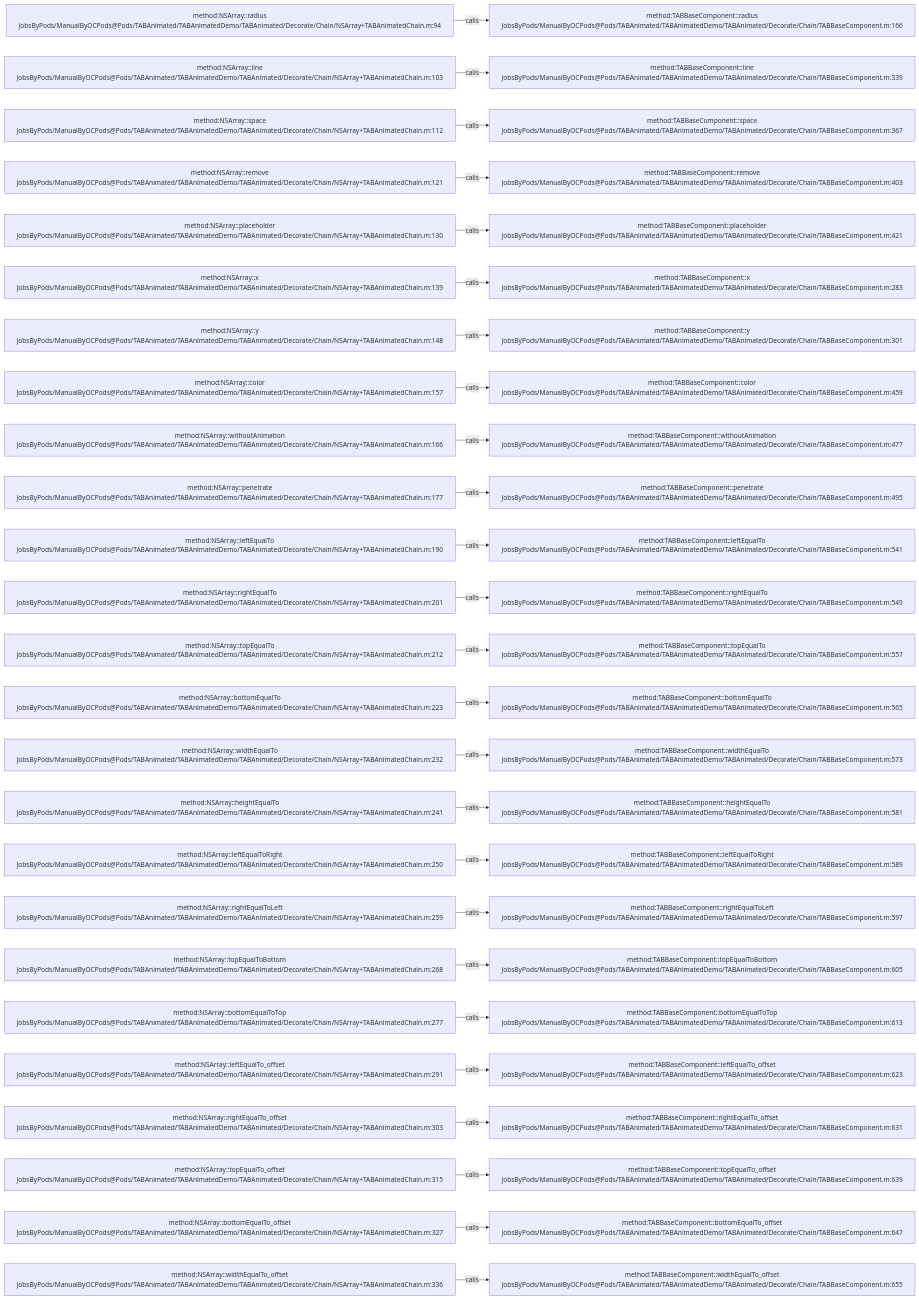
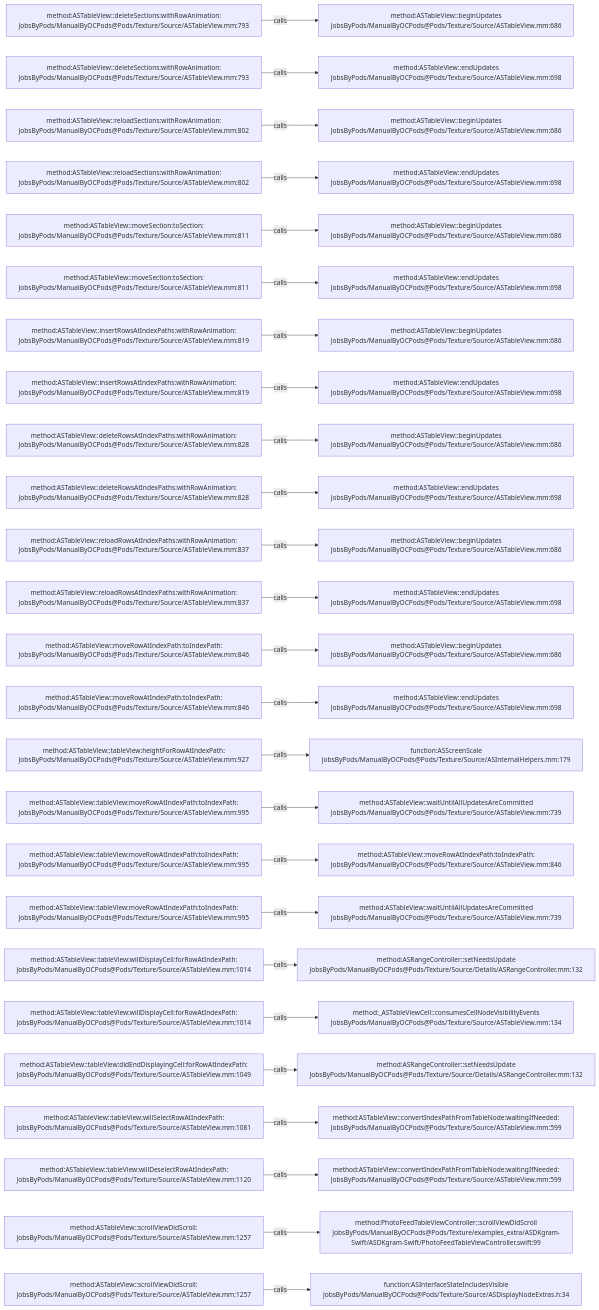
Before and after one commit to JobsKits/JobsOCBaseConfigDemo: the diagram in .codegraph/codegraph.md/graphs/calls-136.md, drawn with Mermaid. The commit also changed 2162 other files, not shown here.

````diff
--- a/.codegraph/codegraph.md/graphs/calls-136.md
+++ b/.codegraph/codegraph.md/graphs/calls-136.md
@@ -13,78 +13,78 @@
 ```mermaid
 flowchart LR
-  S1["method:NSArray::radius<br/>JobsByPods/ManualByOCPods@Pods/TABAnimated/TABAnimatedDemo/TABAnimated/Decorate/Chain/NSArray+TABAnimatedChain.m:94"]
-  T1["method:TABBaseComponent::radius<br/>JobsByPods/ManualByOCPods@Pods/TABAnimated/TABAnimatedDemo/TABAnimated/Decorate/Chain/TABBaseComponent.m:166"]
+  S1["method:ASTableView::deleteSections:withRowAnimation:<br/>JobsByPods/ManualByOCPods@Pods/Texture/Source/ASTableView.mm:793"]
+  T1["method:ASTableView::beginUpdates<br/>JobsByPods/ManualByOCPods@Pods/Texture/Source/ASTableView.mm:686"]
   S1 -->|calls| T1
-  S2["method:NSArray::line<br/>JobsByPods/ManualByOCPods@Pods/TABAnimated/TABAnimatedDemo/TABAnimated/Decorate/Chain/NSArray+TABAnimatedChain.m:103"]
-  T2["method:TABBaseComponent::line<br/>JobsByPods/ManualByOCPods@Pods/TABAnimated/TABAnimatedDemo/TABAnimated/Decorate/Chain/TABBaseComponent.m:339"]
+  S2["method:ASTableView::deleteSections:withRowAnimation:<br/>JobsByPods/ManualByOCPods@Pods/Texture/Source/ASTableView.mm:793"]
+  T2["method:ASTableView::endUpdates<br/>JobsByPods/ManualByOCPods@Pods/Texture/Source/ASTableView.mm:698"]
   S2 -->|calls| T2
-  S3["method:NSArray::space<br/>JobsByPods/ManualByOCPods@Pods/TABAnimated/TABAnimatedDemo/TABAnimated/Decorate/Chain/NSArray+TABAnimatedChain.m:112"]
-  T3["method:TABBaseComponent::space<br/>JobsByPods/ManualByOCPods@Pods/TABAnimated/TABAnimatedDemo/TABAnimated/Decorate/Chain/TABBaseComponent.m:367"]
+  S3["method:ASTableView::reloadSections:withRowAnimation:<br/>JobsByPods/ManualByOCPods@Pods/Texture/Source/ASTableView.mm:802"]
+  T3["method:ASTableView::beginUpdates<br/>JobsByPods/ManualByOCPods@Pods/Texture/Source/ASTableView.mm:686"]
   S3 -->|calls| T3
-  S4["method:NSArray::remove<br/>JobsByPods/ManualByOCPods@Pods/TABAnimated/TABAnimatedDemo/TABAnimated/Decorate/Chain/NSArray+TABAnimatedChain.m:121"]
-  T4["method:TABBaseComponent::remove<br/>JobsByPods/ManualByOCPods@Pods/TABAnimated/TABAnimatedDemo/TABAnimated/Decorate/Chain/TABBaseComponent.m:403"]
+  S4["method:ASTableView::reloadSections:withRowAnimation:<br/>JobsByPods/ManualByOCPods@Pods/Texture/Source/ASTableView.mm:802"]
+  T4["method:ASTableView::endUpdates<br/>JobsByPods/ManualByOCPods@Pods/Texture/Source/ASTableView.mm:698"]
   S4 -->|calls| T4
-  S5["method:NSArray::placeholder<br/>JobsByPods/ManualByOCPods@Pods/TABAnimated/TABAnimatedDemo/TABAnimated/Decorate/Chain/NSArray+TABAnimatedChain.m:130"]
-  T5["method:TABBaseComponent::placeholder<br/>JobsByPods/ManualByOCPods@Pods/TABAnimated/TABAnimatedDemo/TABAnimated/Decorate/Chain/TABBaseComponent.m:421"]
+  S5["method:ASTableView::moveSection:toSection:<br/>JobsByPods/ManualByOCPods@Pods/Texture/Source/ASTableView.mm:811"]
+  T5["method:ASTableView::beginUpdates<br/>JobsByPods/ManualByOCPods@Pods/Texture/Source/ASTableView.mm:686"]
   S5 -->|calls| T5
-  S6["method:NSArray::x<br/>JobsByPods/ManualByOCPods@Pods/TABAnimated/TABAnimatedDemo/TABAnimated/Decorate/Chain/NSArray+TABAnimatedChain.m:139"]
-  T6["method:TABBaseComponent::x<br/>JobsByPods/ManualByOCPods@Pods/TABAnimated/TABAnimatedDemo/TABAnimated/Decorate/Chain/TABBaseComponent.m:283"]
+  S6["method:ASTableView::moveSection:toSection:<br/>JobsByPods/ManualByOCPods@Pods/Texture/Source/ASTableView.mm:811"]
+  T6["method:ASTableView::endUpdates<br/>JobsByPods/ManualByOCPods@Pods/Texture/Source/ASTableView.mm:698"]
   S6 -->|calls| T6
-  S7["method:NSArray::y<br/>JobsByPods/ManualByOCPods@Pods/TABAnimated/TABAnimatedDemo/TABAnimated/Decorate/Chain/NSArray+TABAnimatedChain.m:148"]
-  T7["method:TABBaseComponent::y<br/>JobsByPods/ManualByOCPods@Pods/TABAnimated/TABAnimatedDemo/TABAnimated/Decorate/Chain/TABBaseComponent.m:301"]
+  S7["method:ASTableView::insertRowsAtIndexPaths:withRowAnimation:<br/>JobsByPods/ManualByOCPods@Pods/Texture/Source/ASTableView.mm:819"]
+  T7["method:ASTableView::beginUpdates<br/>JobsByPods/ManualByOCPods@Pods/Texture/Source/ASTableView.mm:686"]
   S7 -->|calls| T7
-  S8["method:NSArray::color<br/>JobsByPods/ManualByOCPods@Pods/TABAnimated/TABAnimatedDemo/TABAnimated/Decorate/Chain/NSArray+TABAnimatedChain.m:157"]
-  T8["method:TABBaseComponent::color<br/>JobsByPods/ManualByOCPods@Pods/TABAnimated/TABAnimatedDemo/TABAnimated/Decorate/Chain/TABBaseComponent.m:459"]
+  S8["method:ASTableView::insertRowsAtIndexPaths:withRowAnimation:<br/>JobsByPods/ManualByOCPods@Pods/Texture/Source/ASTableView.mm:819"]
+  T8["method:ASTableView::endUpdates<br/>JobsByPods/ManualByOCPods@Pods/Texture/Source/ASTableView.mm:698"]
   S8 -->|calls| T8
-  S9["method:NSArray::withoutAnimation<br/>JobsByPods/ManualByOCPods@Pods/TABAnimated/TABAnimatedDemo/TABAnimated/Decorate/Chain/NSArray+TABAnimatedChain.m:166"]
-  T9["method:TABBaseComponent::withoutAnimation<br/>JobsByPods/ManualByOCPods@Pods/TABAnimated/TABAnimatedDemo/TABAnimated/Decorate/Chain/TABBaseComponent.m:477"]
+  S9["method:ASTableView::deleteRowsAtIndexPaths:withRowAnimation:<br/>JobsByPods/ManualByOCPods@Pods/Texture/Source/ASTableView.mm:828"]
+  T9["method:ASTableView::beginUpdates<br/>JobsByPods/ManualByOCPods@Pods/Texture/Source/ASTableView.mm:686"]
   S9 -->|calls| T9
-  S10["method:NSArray::penetrate<br/>JobsByPods/ManualByOCPods@Pods/TABAnimated/TABAnimatedDemo/TABAnimated/Decorate/Chain/NSArray+TABAnimatedChain.m:177"]
-  T10["method:TABBaseComponent::penetrate<br/>JobsByPods/ManualByOCPods@Pods/TABAnimated/TABAnimatedDemo/TABAnimated/Decorate/Chain/TABBaseComponent.m:495"]
+  S10["method:ASTableView::deleteRowsAtIndexPaths:withRowAnimation:<br/>JobsByPods/ManualByOCPods@Pods/Texture/Source/ASTableView.mm:828"]
+  T10["method:ASTableView::endUpdates<br/>JobsByPods/ManualByOCPods@Pods/Texture/Source/ASTableView.mm:698"]
   S10 -->|calls| T10
-  S11["method:NSArray::leftEqualTo<br/>JobsByPods/ManualByOCPods@Pods/TABAnimated/TABAnimatedDemo/TABAnimated/Decorate/Chain/NSArray+TABAnimatedChain.m:190"]
-  T11["method:TABBaseComponent::leftEqualTo<br/>JobsByPods/ManualByOCPods@Pods/TABAnimated/TABAnimatedDemo/TABAnimated/Decorate/Chain/TABBaseComponent.m:541"]
+  S11["method:ASTableView::reloadRowsAtIndexPaths:withRowAnimation:<br/>JobsByPods/ManualByOCPods@Pods/Texture/Source/ASTableView.mm:837"]
+  T11["method:ASTableView::beginUpdates<br/>JobsByPods/ManualByOCPods@Pods/Texture/Source/ASTableView.mm:686"]
   S11 -->|calls| T11
-  S12["method:NSArray::rightEqualTo<br/>JobsByPods/ManualByOCPods@Pods/TABAnimated/TABAnimatedDemo/TABAnimated/Decorate/Chain/NSArray+TABAnimatedChain.m:201"]
-  T12["method:TABBaseComponent::rightEqualTo<br/>JobsByPods/ManualByOCPods@Pods/TABAnimated/TABAnimatedDemo/TABAnimated/Decorate/Chain/TABBaseComponent.m:549"]
+  S12["method:ASTableView::reloadRowsAtIndexPaths:withRowAnimation:<br/>JobsByPods/ManualByOCPods@Pods/Texture/Source/ASTableView.mm:837"]
+  T12["method:ASTableView::endUpdates<br/>JobsByPods/ManualByOCPods@Pods/Texture/Source/ASTableView.mm:698"]
   S12 -->|calls| T12
-  S13["method:NSArray::topEqualTo<br/>JobsByPods/ManualByOCPods@Pods/TABAnimated/TABAnimatedDemo/TABAnimated/Decorate/Chain/NSArray+TABAnimatedChain.m:212"]
-  T13["method:TABBaseComponent::topEqualTo<br/>JobsByPods/ManualByOCPods@Pods/TABAnimated/TABAnimatedDemo/TABAnimated/Decorate/Chain/TABBaseComponent.m:557"]
+  S13["method:ASTableView::moveRowAtIndexPath:toIndexPath:<br/>JobsByPods/ManualByOCPods@Pods/Texture/Source/ASTableView.mm:846"]
+  T13["method:ASTableView::beginUpdates<br/>JobsByPods/ManualByOCPods@Pods/Texture/Source/ASTableView.mm:686"]
   S13 -->|calls| T13
-  S14["method:NSArray::bottomEqualTo<br/>JobsByPods/ManualByOCPods@Pods/TABAnimated/TABAnimatedDemo/TABAnimated/Decorate/Chain/NSArray+TABAnimatedChain.m:223"]
-  T14["method:TABBaseComponent::bottomEqualTo<br/>JobsByPods/ManualByOCPods@Pods/TABAnimated/TABAnimatedDemo/TABAnimated/Decorate/Chain/TABBaseComponent.m:565"]
+  S14["method:ASTableView::moveRowAtIndexPath:toIndexPath:<br/>JobsByPods/ManualByOCPods@Pods/Texture/Source/ASTableView.mm:846"]
+  T14["method:ASTableView::endUpdates<br/>JobsByPods/ManualByOCPods@Pods/Texture/Source/ASTableView.mm:698"]
   S14 -->|calls| T14
-  S15["method:NSArray::widthEqualTo<br/>JobsByPods/ManualByOCPods@Pods/TABAnimated/TABAnimatedDemo/TABAnimated/Decorate/Chain/NSArray+TABAnimatedChain.m:232"]
-  T15["method:TABBaseComponent::widthEqualTo<br/>JobsByPods/ManualByOCPods@Pods/TABAnimated/TABAnimatedDemo/TABAnimated/Decorate/Chain/TABBaseComponent.m:573"]
+  S15["method:ASTableView::tableView:heightForRowAtIndexPath:<br/>JobsByPods/ManualByOCPods@Pods/Texture/Source/ASTableView.mm:927"]
+  T15["function:ASScreenScale<br/>JobsByPods/ManualByOCPods@Pods/Texture/Source/ASInternalHelpers.mm:179"]
   S15 -->|calls| T15
-  S16["method:NSArray::heightEqualTo<br/>JobsByPods/ManualByOCPods@Pods/TABAnimated/TABAnimatedDemo/TABAnimated/Decorate/Chain/NSArray+TABAnimatedChain.m:241"]
-  T16["method:TABBaseComponent::heightEqualTo<br/>JobsByPods/ManualByOCPods@Pods/TABAnimated/TABAnimatedDemo/TABAnimated/Decorate/Chain/TABBaseComponent.m:581"]
+  S16["method:ASTableView::tableView:moveRowAtIndexPath:toIndexPath:<br/>JobsByPods/ManualByOCPods@Pods/Texture/Source/ASTableView.mm:995"]
+  T16["method:ASTableView::waitUntilAllUpdatesAreCommitted<br/>JobsByPods/ManualByOCPods@Pods/Texture/Source/ASTableView.mm:739"]
   S16 -->|calls| T16
-  S17["method:NSArray::leftEqualToRight<br/>JobsByPods/ManualByOCPods@Pods/TABAnimated/TABAnimatedDemo/TABAnimated/Decorate/Chain/NSArray+TABAnimatedChain.m:250"]
-  T17["method:TABBaseComponent::leftEqualToRight<br/>JobsByPods/ManualByOCPods@Pods/TABAnimated/TABAnimatedDemo/TABAnimated/Decorate/Chain/TABBaseComponent.m:589"]
+  S17["method:ASTableView::tableView:moveRowAtIndexPath:toIndexPath:<br/>JobsByPods/ManualByOCPods@Pods/Texture/Source/ASTableView.mm:995"]
+  T17["method:ASTableView::moveRowAtIndexPath:toIndexPath:<br/>JobsByPods/ManualByOCPods@Pods/Texture/Source/ASTableView.mm:846"]
   S17 -->|calls| T17
-  S18["method:NSArray::rightEqualToLeft<br/>JobsByPods/ManualByOCPods@Pods/TABAnimated/TABAnimatedDemo/TABAnimated/Decorate/Chain/NSArray+TABAnimatedChain.m:259"]
-  T18["method:TABBaseComponent::rightEqualToLeft<br/>JobsByPods/ManualByOCPods@Pods/TABAnimated/TABAnimatedDemo/TABAnimated/Decorate/Chain/TABBaseComponent.m:597"]
+  S18["method:ASTableView::tableView:moveRowAtIndexPath:toIndexPath:<br/>JobsByPods/ManualByOCPods@Pods/Texture/Source/ASTableView.mm:995"]
+  T18["method:ASTableView::waitUntilAllUpdatesAreCommitted<br/>JobsByPods/ManualByOCPods@Pods/Texture/Source/ASTableView.mm:739"]
   S18 -->|calls| T18
-  S19["method:NSArray::topEqualToBottom<br/>JobsByPods/ManualByOCPods@Pods/TABAnimated/TABAnimatedDemo/TABAnimated/Decorate/Chain/NSArray+TABAnimatedChain.m:268"]
-  T19["method:TABBaseComponent::topEqualToBottom<br/>JobsByPods/ManualByOCPods@Pods/TABAnimated/TABAnimatedDemo/TABAnimated/Decorate/Chain/TABBaseComponent.m:605"]
+  S19["method:ASTableView::tableView:willDisplayCell:forRowAtIndexPath:<br/>JobsByPods/ManualByOCPods@Pods/Texture/Source/ASTableView.mm:1014"]
+  T19["method:ASRangeController::setNeedsUpdate<br/>JobsByPods/ManualByOCPods@Pods/Texture/Source/Details/ASRangeController.mm:132"]
   S19 -->|calls| T19
-  S20["method:NSArray::bottomEqualToTop<br/>JobsByPods/ManualByOCPods@Pods/TABAnimated/TABAnimatedDemo/TABAnimated/Decorate/Chain/NSArray+TABAnimatedChain.m:277"]
-  T20["method:TABBaseComponent::bottomEqualToTop<br/>JobsByPods/ManualByOCPods@Pods/TABAnimated/TABAnimatedDemo/TABAnimated/Decorate/Chain/TABBaseComponent.m:613"]
+  S20["method:ASTableView::tableView:willDisplayCell:forRowAtIndexPath:<br/>JobsByPods/ManualByOCPods@Pods/Texture/Source/ASTableView.mm:1014"]
+  T20["method:_ASTableViewCell::consumesCellNodeVisibilityEvents<br/>JobsByPods/ManualByOCPods@Pods/Texture/Source/ASTableView.mm:134"]
   S20 -->|calls| T20
-  S21["method:NSArray::leftEqualTo_offset<br/>JobsByPods/ManualByOCPods@Pods/TABAnimated/TABAnimatedDemo/TABAnimated/Decorate/Chain/NSArray+TABAnimatedChain.m:291"]
-  T21["method:TABBaseComponent::leftEqualTo_offset<br/>JobsByPods/ManualByOCPods@Pods/TABAnimated/TABAnimatedDemo/TABAnimated/Decorate/Chain/TABBaseComponent.m:623"]
+  S21["method:ASTableView::tableView:didEndDisplayingCell:forRowAtIndexPath:<br/>JobsByPods/ManualByOCPods@Pods/Texture/Source/ASTableView.mm:1049"]
+  T21["method:ASRangeController::setNeedsUpdate<br/>JobsByPods/ManualByOCPods@Pods/Texture/Source/Details/ASRangeController.mm:132"]
   S21 -->|calls| T21
-  S22["method:NSArray::rightEqualTo_offset<br/>JobsByPods/ManualByOCPods@Pods/TABAnimated/TABAnimatedDemo/TABAnimated/Decorate/Chain/NSArray+TABAnimatedChain.m:303"]
-  T22["method:TABBaseComponent::rightEqualTo_offset<br/>JobsByPods/ManualByOCPods@Pods/TABAnimated/TABAnimatedDemo/TABAnimated/Decorate/Chain/TABBaseComponent.m:631"]
+  S22["method:ASTableView::tableView:willSelectRowAtIndexPath:<br/>JobsByPods/ManualByOCPods@Pods/Texture/Source/ASTableView.mm:1081"]
+  T22["method:ASTableView::convertIndexPathFromTableNode:waitingIfNeeded:<br/>JobsByPods/ManualByOCPods@Pods/Texture/Source/ASTableView.mm:599"]
   S22 -->|calls| T22
-  S23["method:NSArray::topEqualTo_offset<br/>JobsByPods/ManualByOCPods@Pods/TABAnimated/TABAnimatedDemo/TABAnimated/Decorate/Chain/NSArray+TABAnimatedChain.m:315"]
-  T23["method:TABBaseComponent::topEqualTo_offset<br/>JobsByPods/ManualByOCPods@Pods/TABAnimated/TABAnimatedDemo/TABAnimated/Decorate/Chain/TABBaseComponent.m:639"]
+  S23["method:ASTableView::tableView:willDeselectRowAtIndexPath:<br/>JobsByPods/ManualByOCPods@Pods/Texture/Source/ASTableView.mm:1120"]
+  T23["method:ASTableView::convertIndexPathFromTableNode:waitingIfNeeded:<br/>JobsByPods/ManualByOCPods@Pods/Texture/Source/ASTableView.mm:599"]
   S23 -->|calls| T23
-  S24["method:NSArray::bottomEqualTo_offset<br/>JobsByPods/ManualByOCPods@Pods/TABAnimated/TABAnimatedDemo/TABAnimated/Decorate/Chain/NSArray+TABAnimatedChain.m:327"]
-  T24["method:TABBaseComponent::bottomEqualTo_offset<br/>JobsByPods/ManualByOCPods@Pods/TABAnimated/TABAnimatedDemo/TABAnimated/Decorate/Chain/TABBaseComponent.m:647"]
+  S24["method:ASTableView::scrollViewDidScroll:<br/>JobsByPods/ManualByOCPods@Pods/Texture/Source/ASTableView.mm:1257"]
+  T24["method:PhotoFeedTableViewController::scrollViewDidScroll<br/>JobsByPods/ManualByOCPods@Pods/Texture/examples_extra/ASDKgram-Swift/ASDKgram-Swift/PhotoFeedTableViewController.swift:99"]
   S24 -->|calls| T24
-  S25["method:NSArray::widthEqualTo_offset<br/>JobsByPods/ManualByOCPods@Pods/TABAnimated/TABAnimatedDemo/TABAnimated/Decorate/Chain/NSArray+TABAnimatedChain.m:336"]
-  T25["method:TABBaseComponent::widthEqualTo_offset<br/>JobsByPods/ManualByOCPods@Pods/TABAnimated/TABAnimatedDemo/TABAnimated/Decorate/Chain/TABBaseComponent.m:655"]
+  S25["method:ASTableView::scrollViewDidScroll:<br/>JobsByPods/ManualByOCPods@Pods/Texture/Source/ASTableView.mm:1257"]
+  T25["function:ASInterfaceStateIncludesVisible<br/>JobsByPods/ManualByOCPods@Pods/Texture/Source/ASDisplayNodeExtras.h:34"]
   S25 -->|calls| T25
 ```
````
